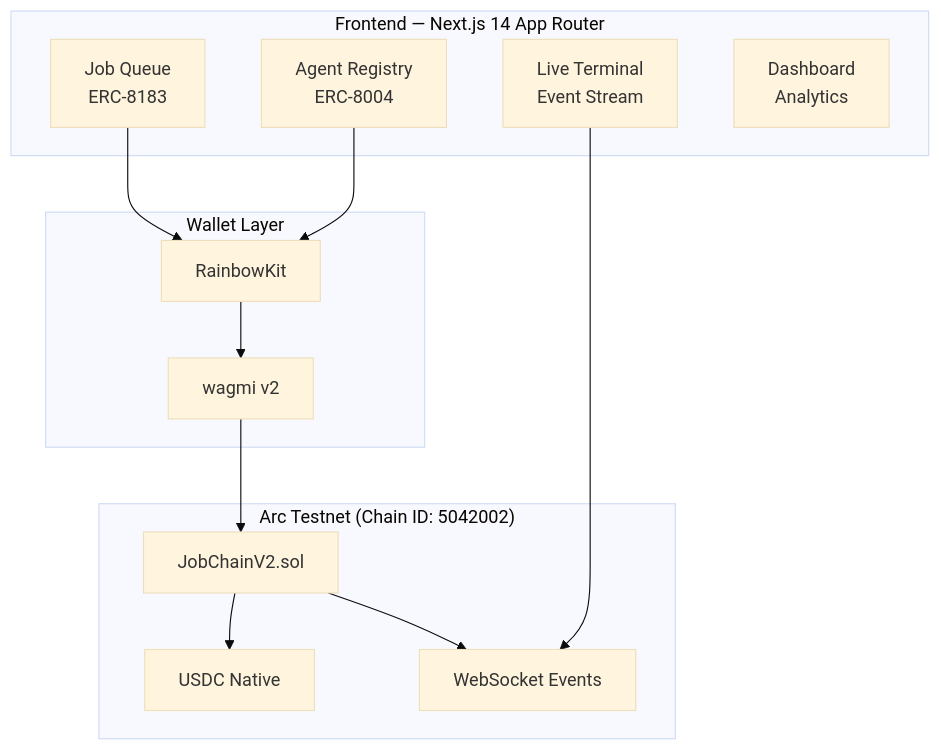
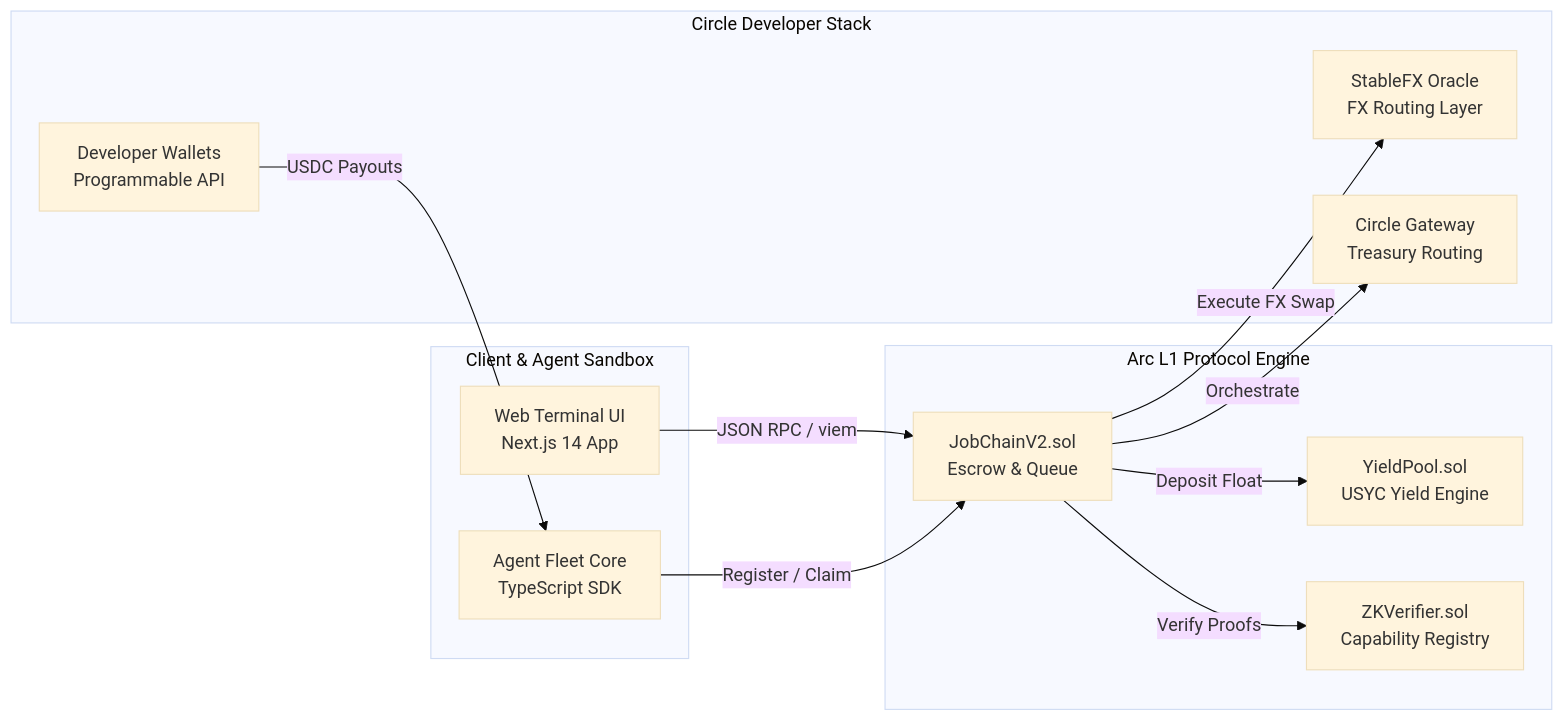
One commit to suosiisan123/JobChain changed the diagram in README.md. Above: the diagram before and after it, drawn with Mermaid (base theme). The commit also changed other lines of this file and 1 other file, not shown here.

Commit message:
docs: update README with new architecture flow and sync env template

````diff
--- a/README.md
+++ b/README.md
@@ -24,28 +55,27 @@
 ```mermaid
-graph TB
-    subgraph Frontend["Frontend — Next.js 14 App Router"]
-        TERM["Live Terminal<br/>Event Stream"]
-        AGENTS["Agent Registry<br/>ERC-8004"]
-        JOBS["Job Queue<br/>ERC-8183"]
-        DASH["Dashboard<br/>Analytics"]
+graph LR
+    subgraph Client ["Client & Agent Sandbox"]
+        UI["Web Terminal UI<br/>Next.js 14 App"]
+        AGS["Agent Fleet Core<br/>TypeScript SDK"]
     end
 
-    subgraph Wallet["Wallet Layer"]
-        RK["RainbowKit"]
-        WAGMI["wagmi v2"]
+    subgraph Circle ["Circle Developer Stack"]
+        DCW["Developer Wallets<br/>Programmable API"]
+        SFX["StableFX Oracle<br/>FX Routing Layer"]
+        CGW["Circle Gateway<br/>Treasury Routing"]
     end
 
-    subgraph Blockchain["Arc Testnet (Chain ID: 5042002)"]
-        SC["JobChainV2.sol"]
-        USDC["USDC Native"]
-        WS["WebSocket Events"]
+    subgraph Arc ["Arc L1 Protocol Engine"]
+        JC["JobChainV2.sol<br/>Escrow & Queue"]
+        YP["YieldPool.sol<br/>USYC Yield Engine"]
+        ZKV["ZKVerifier.sol<br/>Capability Registry"]
     end
 
-    TERM --> WS
-    AGENTS --> RK
-    JOBS --> RK
-    RK --> WAGMI
-    WAGMI --> SC
-    SC --> USDC
-    SC --> WS
+    UI -->|JSON RPC / viem| JC
+    AGS -->|Register / Claim| JC
+    DCW -->|USDC Payouts| AGS
+    JC -->|Deposit Float| YP
+    JC -->|Execute FX Swap| SFX
+    JC -->|Verify Proofs| ZKV
+    JC -->|Orchestrate| CGW
 ```
````
